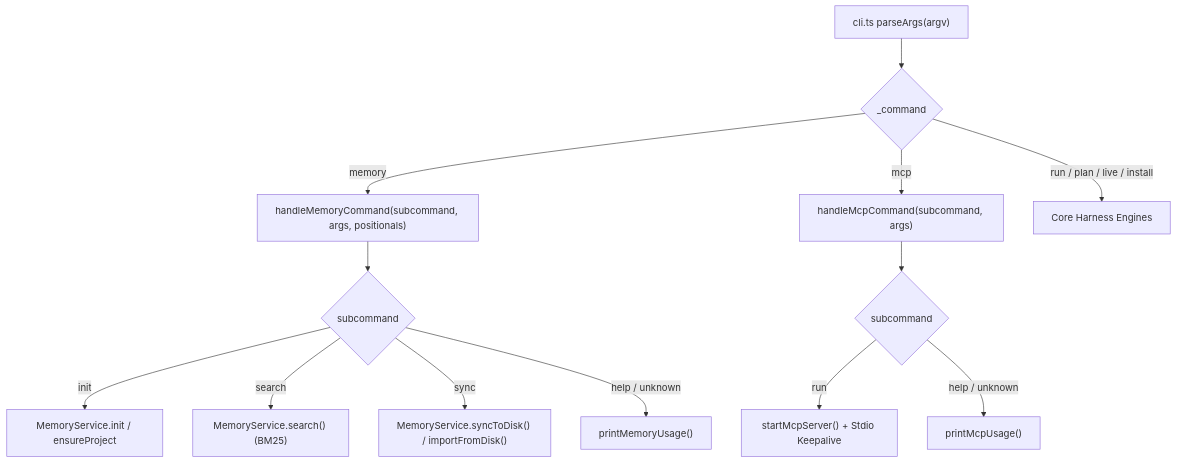
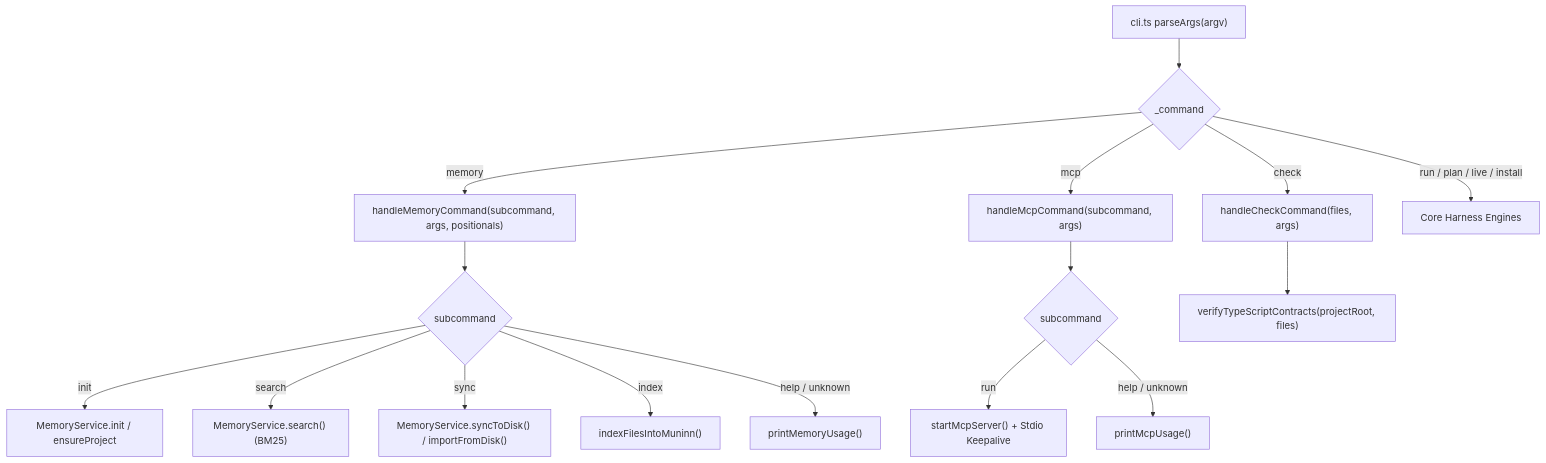
One commit to dahch/huginn changed diagram 15 of 18 in DESIGN.md. Above: the diagram before and after it, drawn with Mermaid. The commit also changed other lines of this file, not shown here.

Commit message:
docs(design): document Phase 2 architecture, compiler contracts, and AST indexer

````diff
--- a/DESIGN.md
+++ b/DESIGN.md
@@ -1013,17 +1044,21 @@
 ```mermaid
 flowchart TD
     CLI["cli.ts parseArgs(argv)"] --> DISPATCH{"_command"}
     DISPATCH -- "memory" --> MEM["handleMemoryCommand(subcommand, args, positionals)"]
     DISPATCH -- "mcp" --> MCP["handleMcpCommand(subcommand, args)"]
+    DISPATCH -- "check" --> CHK["handleCheckCommand(files, args)"]
     DISPATCH -- "run / plan / live / install" --> CORE["Core Harness Engines"]
 
     MEM --> SUBCMD{"subcommand"}
     SUBCMD -- "init" --> INIT["MemoryService.init / ensureProject"]
     SUBCMD -- "search" --> SRCH["MemoryService.search() (BM25)"]
     SUBCMD -- "sync" --> SYNC["MemoryService.syncToDisk() / importFromDisk()"]
+    SUBCMD -- "index" --> IDX["indexFilesIntoMuninn()"]
     SUBCMD -- "help / unknown" --> USAGE["printMemoryUsage()"]
 
     MCP --> MCPSUBCMD{"subcommand"}
     MCPSUBCMD -- "run" --> RUN["startMcpServer() + Stdio Keepalive"]
     MCPSUBCMD -- "help / unknown" --> MCPUSAGE["printMcpUsage()"]
+
+    CHK --> CHKRUN["verifyTypeScriptContracts(projectRoot, files)"]
 ```
````
